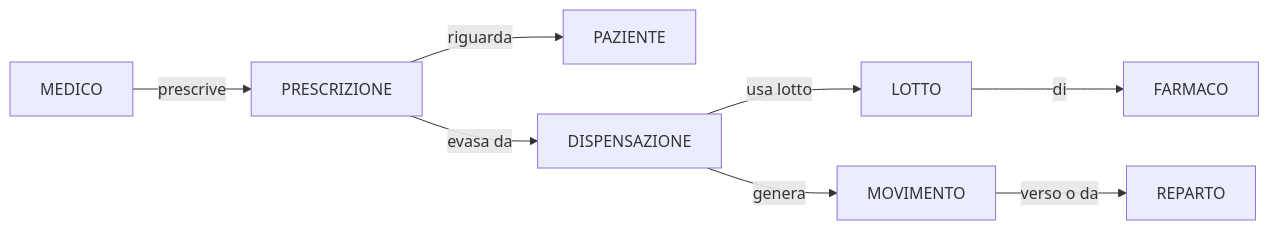
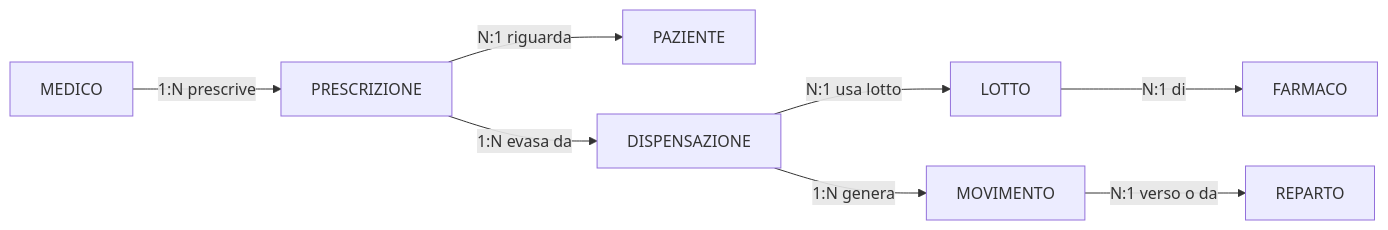
Before and after one commit to lucadagati/Lab_Fondamenti_di_Informatica_25_26: the third of 4 diagrams in 08-progettazione-er/esercizi/04-esercizio-farmacia-ospedaliera.md, drawn with Mermaid. The commit also changed other lines of this file and 60 other files, not shown here.

Commit message:
Add Chen ER step-by-step draw.io diagrams and fix layout

````diff
--- a/08-progettazione-er/esercizi/04-esercizio-farmacia-ospedaliera.md
+++ b/08-progettazione-er/esercizi/04-esercizio-farmacia-ospedaliera.md
@@ -69,10 +69,10 @@
 ```mermaid
 flowchart LR
-    M[MEDICO] -->|prescrive| P[PRESCRIZIONE]
-    P -->|riguarda| PA[PAZIENTE]
-    P -->|evasa da| D[DISPENSAZIONE]
-    D -->|usa lotto| L[LOTTO]
-    L -->|di| F[FARMACO]
-    D -->|genera| MV[MOVIMENTO]
-    MV -->|verso o da| R[REPARTO]
+    M[MEDICO] -->|1:N prescrive| P[PRESCRIZIONE]
+    P -->|N:1 riguarda| PA[PAZIENTE]
+    P -->|1:N evasa da| D[DISPENSAZIONE]
+    D -->|N:1 usa lotto| L[LOTTO]
+    L -->|N:1 di| F[FARMACO]
+    D -->|1:N genera| MV[MOVIMENTO]
+    MV -->|N:1 verso o da| R[REPARTO]
 ```
````
